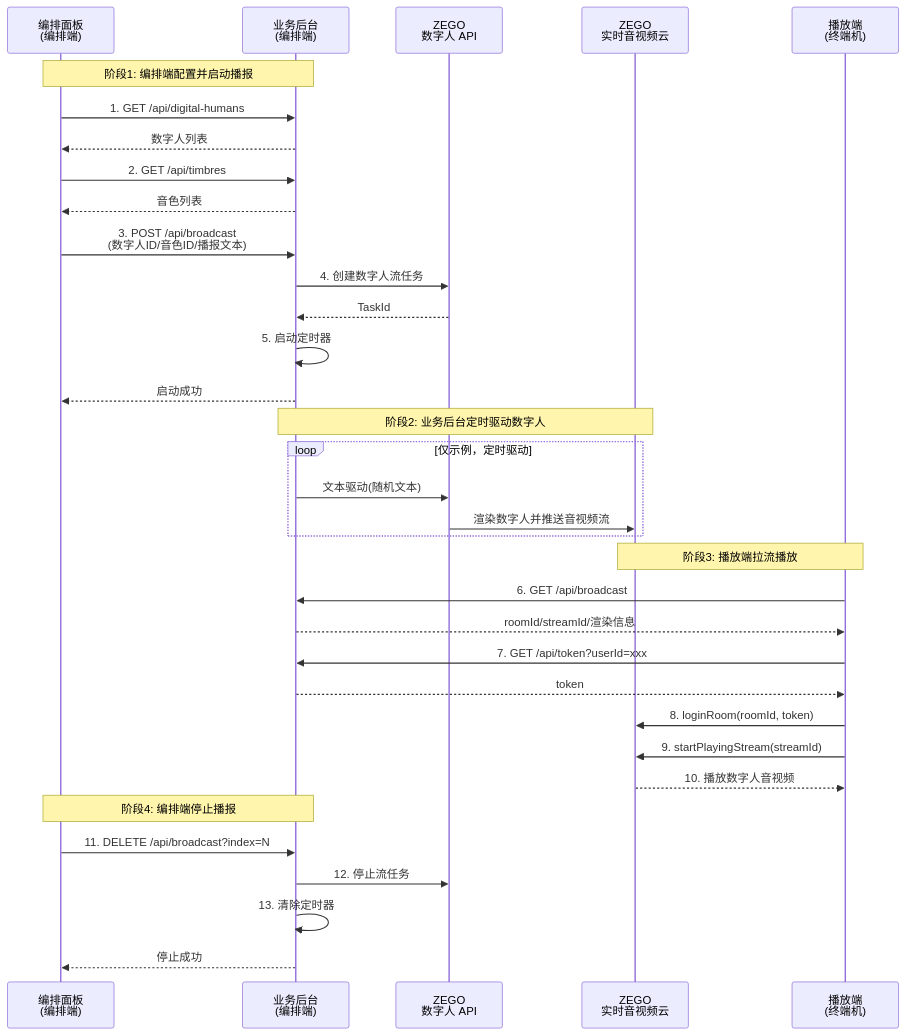
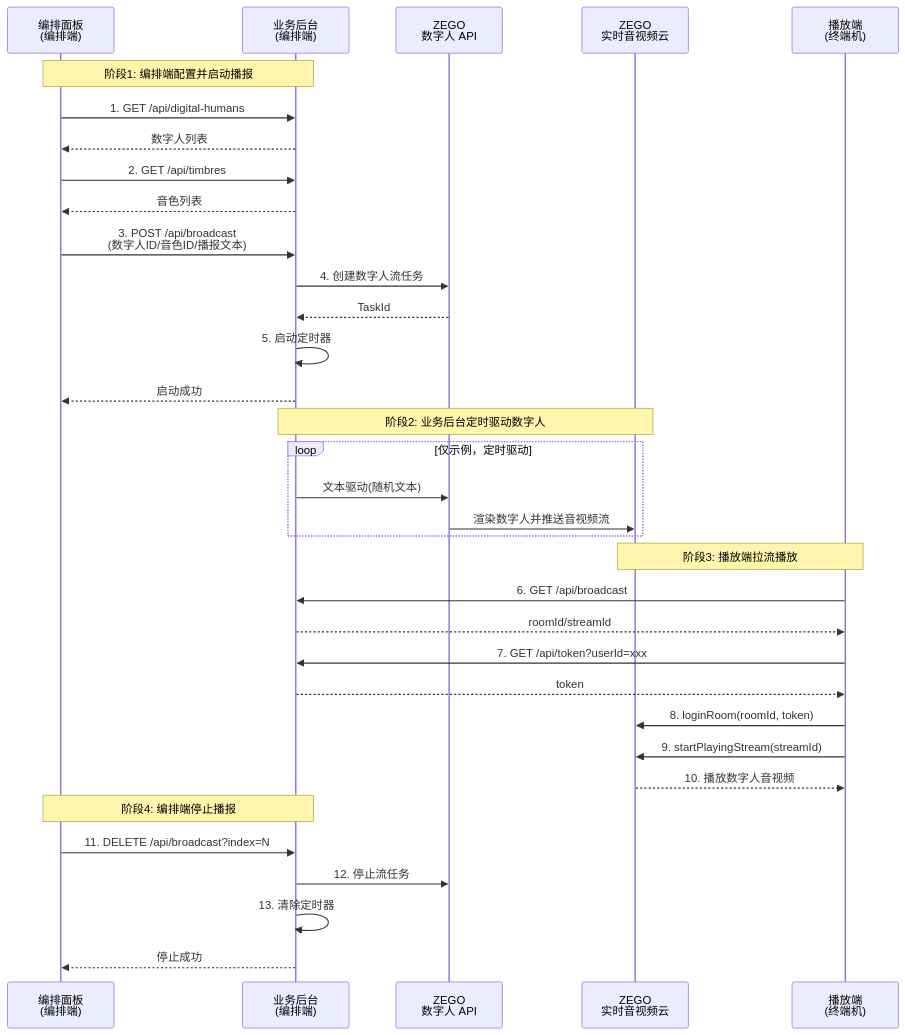
The diagram in digital-human-real-time-broadcasting-scenario/README.md (ZEGOCLOUD/digital-human-quick-start-example), drawn with Mermaid before and after one commit. The commit also changed other lines of this file and 45 other files, not shown here.

````diff
--- a/digital-human-real-time-broadcasting-scenario/README.md
+++ b/digital-human-real-time-broadcasting-scenario/README.md
@@ -42,40 +40,40 @@
 ```mermaid
 sequenceDiagram
     participant 编排端 as 编排面板<br/>(编排端)
     participant 业务后台 as 业务后台<br/>(编排端)
     participant 数字人API as ZEGO<br/>数字人 API
     participant RTC云 as ZEGO<br/>实时音视频云
     participant 播放端 as 播放端<br/>(终端机)
 
     Note over 编排端,业务后台: 阶段1: 编排端配置并启动播报
     编排端->>业务后台: 1. GET /api/digital-humans
     业务后台-->>编排端: 数字人列表
     编排端->>业务后台: 2. GET /api/timbres
     业务后台-->>编排端: 音色列表
     编排端->>业务后台: 3. POST /api/broadcast<br/>(数字人ID/音色ID/播报文本)
     业务后台->>数字人API: 4. 创建数字人流任务
     数字人API-->>业务后台: TaskId
     业务后台->>业务后台: 5. 启动定时器
     业务后台-->>编排端: 启动成功
 
     Note over 业务后台,RTC云: 阶段2: 业务后台定时驱动数字人
     loop 仅示例，定时驱动
         业务后台->>数字人API: 文本驱动(随机文本)
         数字人API->>RTC云: 渲染数字人并推送音视频流
     end
 
     Note over 播放端,RTC云: 阶段3: 播放端拉流播放
     播放端->>业务后台: 6. GET /api/broadcast
-    业务后台-->>播放端: roomId/streamId/渲染信息
+    业务后台-->>播放端: roomId/streamId
     播放端->>业务后台: 7. GET /api/token?userId=xxx
     业务后台-->>播放端: token
     播放端->>RTC云: 8. loginRoom(roomId, token)
     播放端->>RTC云: 9. startPlayingStream(streamId)
     RTC云-->>播放端: 10. 播放数字人音视频
 
     Note over 编排端,业务后台: 阶段4: 编排端停止播报
     编排端->>业务后台: 11. DELETE /api/broadcast?index=N
     业务后台->>数字人API: 12. 停止流任务
     业务后台->>业务后台: 13. 清除定时器
     业务后台-->>编排端: 停止成功
 ```
````
